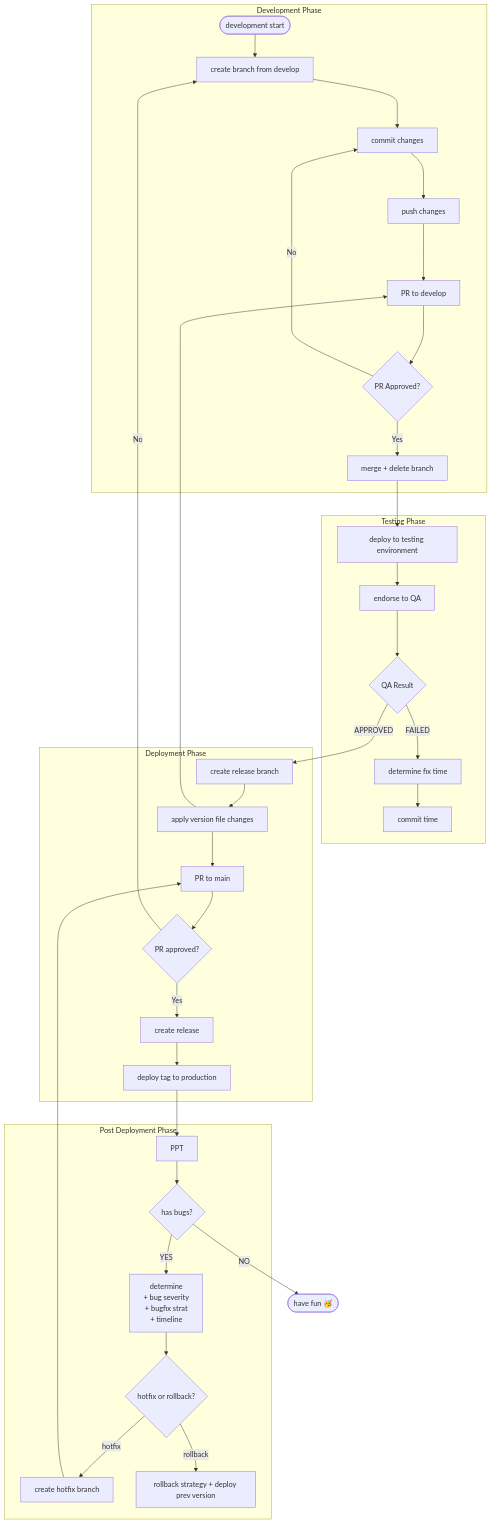
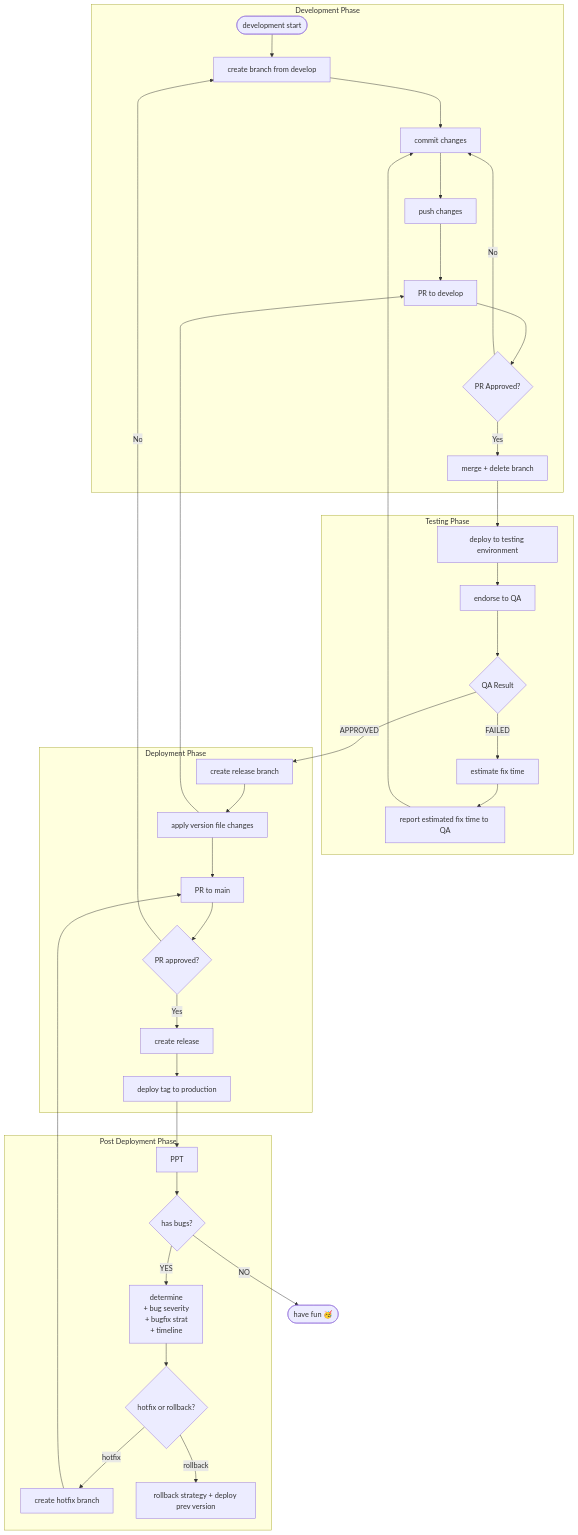
One commit to scrambledeggs/cookbook changed the second of 2 diagrams in general/pull-request.md. Above: the diagram before and after it, drawn with Mermaid. The commit also changed other lines of this file, not shown here.

Commit message:
update flow

````diff
--- a/general/pull-request.md
+++ b/general/pull-request.md
@@ -42,46 +42,47 @@
 ```mermaid
 flowchart
   subgraph Development Phase
     start([development start]) --> cbranch
     cbranch[create branch from develop] ---> commit[commit changes]
     commit ---> push[push changes]
     push ---> initialpr[PR to develop]
     initialpr ---> devapp{PR Approved?}
     devapp -- Yes --> merge[merge + delete branch]
     devapp -- No --> commit
   end
   subgraph Testing Phase
     merge --> deploytest[deploy to testing environment]
     deploytest --> testendorse[endorse to QA]
     testendorse ---> qaapp{QA Result}
-    qaapp -- FAILED --> fixeta[determine fix time]
-    fixeta --> cm[commit time]
+    qaapp -- FAILED --> fixeta[estimate fix time]
+    fixeta --> cm[report estimated fix time to QA]
+    cm ---> commit
   end
   subgraph Deployment Phase
     qaapp -- APPROVED --> crelease[create release branch]
     crelease --> vchange[apply version file changes]
     vchange --> initialpr
     vchange --> mainpr[PR to main]
     mainpr --> mainapp{PR approved?}
     mainapp -- Yes --> rel[create release]
     mainapp -- No --> cbranch
     rel --> prod[deploy tag to production]
   end
   subgraph Post Deployment Phase
     prod --> PPT
     PPT --> pptbugs{has bugs?}
     pptbugs -- YES --> sev[determine 
       + bug severity
       +       bugfix strat 
       + timeline
     ]
 
     sev --> dec{ hotfix or rollback?  }
     dec -- hotfix --> hf[create hotfix branch]
     hf --> mainpr
     dec -- rollback --> rb[rollback strategy + deploy prev version]
   end
   pptbugs -- NO --> complete([have fun 🥳])
   
 
 ```
````
